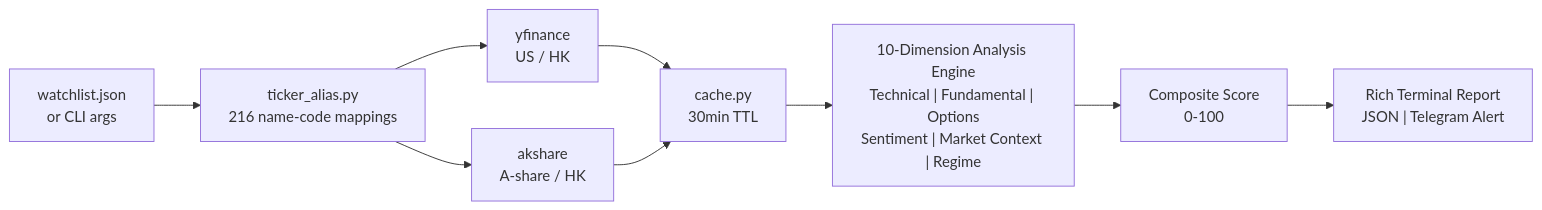
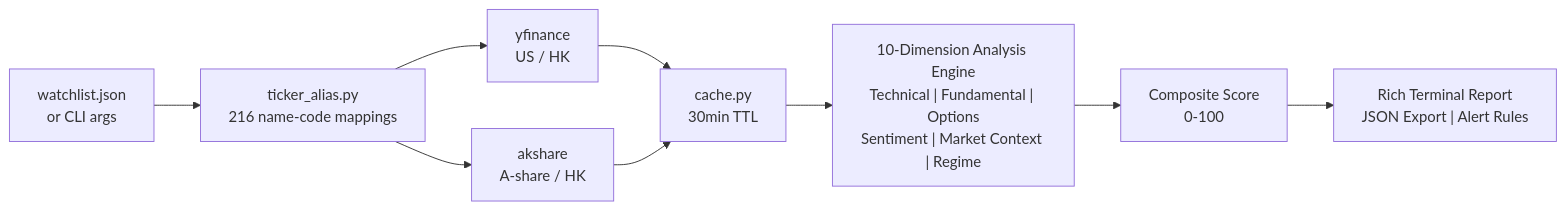
The first of 4 diagrams in README.md (Guojc-source/Stock_Monitor), drawn with Mermaid before and after one commit. The commit also changed other lines of this file and 2 other files, not shown here.

````diff
--- a/README.md
+++ b/README.md
@@ -11,11 +29,11 @@
 ```mermaid
 flowchart LR
     A1["watchlist.json\nor CLI args"] --> A2["ticker_alias.py\n216 name-code mappings"]
     A2 --> B1["yfinance\nUS / HK"]
     A2 --> B2["akshare\nA-share / HK"]
     B1 --> B3["cache.py\n30min TTL"]
     B2 --> B3
     B3 --> C["10-Dimension Analysis Engine\nTechnical | Fundamental | Options\nSentiment | Market Context | Regime"]
     C --> D1["Composite Score\n0-100"]
-    D1 --> D2["Rich Terminal Report\nJSON | Telegram Alert"]
+    D1 --> D2["Rich Terminal Report\nJSON Export | Alert Rules"]
 ```
````
